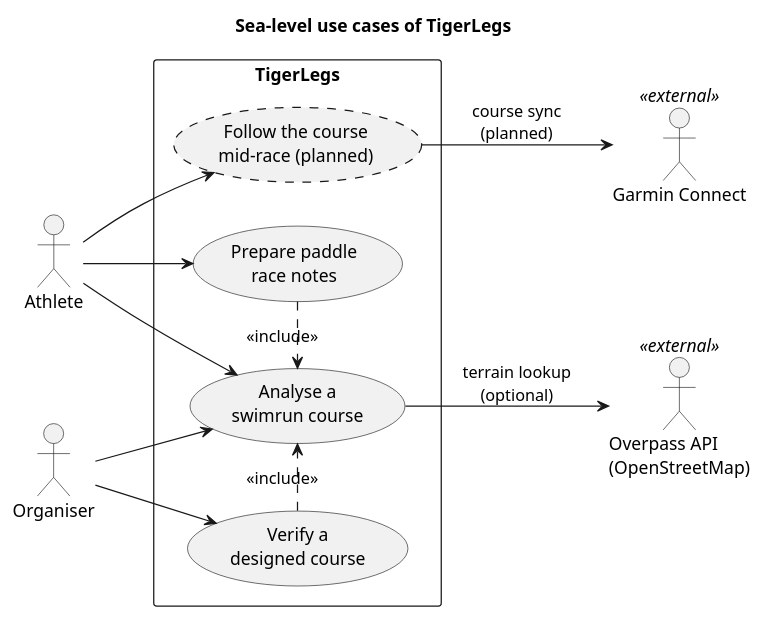
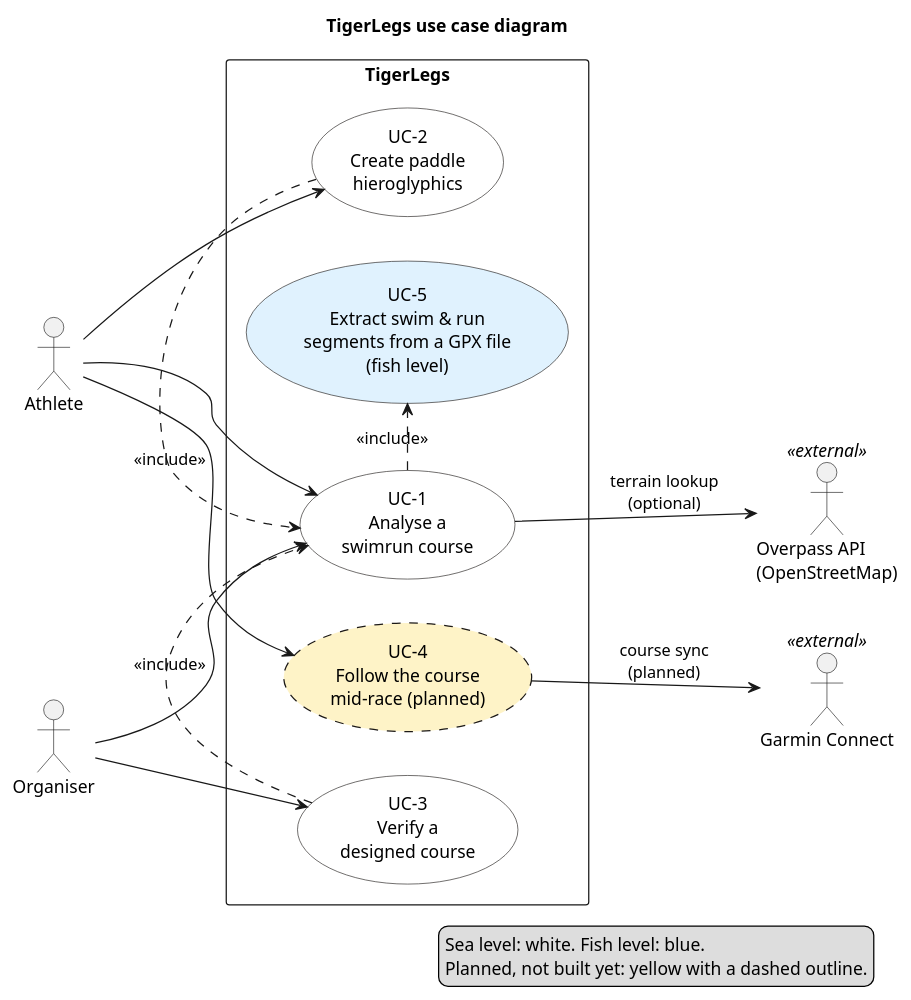
Before and after one commit to swimrun/tigerlegs: the diagram in docs/diagrams/use-cases.puml, drawn with PlantUML. The commit also changed 16 other files, not shown here.

First line of the commit message:
Add the search box, the goal-level use case diagram, captions below figures and ADR-0022 (#146)

```diff
--- a/docs/diagrams/use-cases.puml
+++ b/docs/diagrams/use-cases.puml
@@ -1,28 +1,39 @@
 @startuml use-cases
 left to right direction
-title Sea-level use cases of TigerLegs
+title TigerLegs use case diagram
+skinparam usecase {
+  BackgroundColor #FFFFFF
+  BorderColor #1c1917
+}
 
 actor Athlete as athlete
 actor Organiser as organiser
 actor "Overpass API\n(OpenStreetMap)" as overpass << external >>
 actor "Garmin Connect" as garmin << external >>
 
 rectangle TigerLegs {
-  usecase "Analyse a\nswimrun course" as UCA
-  usecase "Prepare paddle\nrace notes" as UCB
-  usecase "Verify a\ndesigned course" as UCC
-  usecase "Follow the course\nmid-race (planned)" as UCD #line.dashed
+  usecase "UC-1\nAnalyse a\nswimrun course" as UC1
+  usecase "UC-2\nCreate paddle\nhieroglyphics" as UC2
+  usecase "UC-3\nVerify a\ndesigned course" as UC3
+  usecase "UC-4\nFollow the course\nmid-race (planned)" as UC4 #FEF3C7;line.dashed
+  usecase "UC-5\nExtract swim & run\nsegments from a GPX file\n(fish level)" as UC5 #E0F2FE
 }
 
-athlete --> UCA
-athlete --> UCB
-athlete --> UCD
-organiser --> UCA
-organiser --> UCC
+athlete --> UC1
+athlete --> UC2
+athlete --> UC4
+organiser --> UC1
+organiser --> UC3
 
-UCB .> UCA : <<include>>
-UCC .> UCA : <<include>>
+UC1 .> UC5 : <<include>>
+UC2 .> UC1 : <<include>>
+UC3 .> UC1 : <<include>>
 
-UCA --> overpass : terrain lookup\n(optional)
-UCD --> garmin : course sync\n(planned)
+UC1 --> overpass : terrain lookup\n(optional)
+UC4 --> garmin : course sync\n(planned)
+
+legend right
+  Sea level: white. Fish level: blue.
+  Planned, not built yet: yellow with a dashed outline.
+endlegend
 @enduml
```
